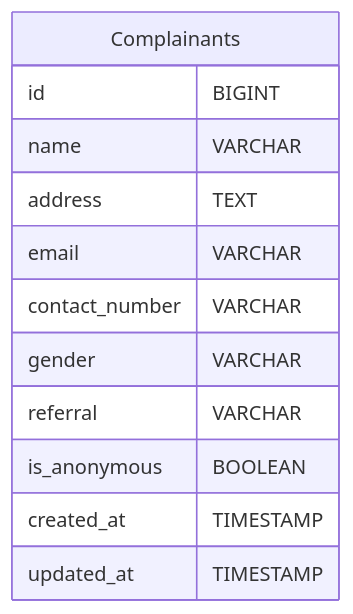
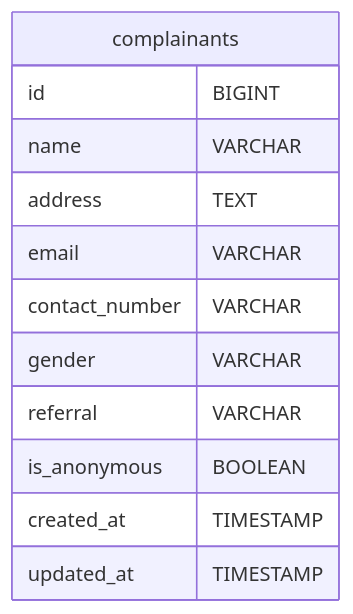
One commit to codeitlikemiley/arta-ecms-docs changed diagram 15 of 41 in infrastructure/db-schema.mdx. Above: the diagram before and after it, drawn with Mermaid. The commit also changed other lines of this file and 34 other files, not shown here.

````diff
--- a/infrastructure/db-schema.mdx
+++ b/infrastructure/db-schema.mdx
@@ -351,16 +606,15 @@
-```mermaid
-erDiagram
-    Complainants {
-        id BIGINT
-        name VARCHAR
-        address TEXT
-        email VARCHAR
-        contact_number VARCHAR
-        gender VARCHAR
-        referral VARCHAR
-        is_anonymous BOOLEAN
-        created_at TIMESTAMP
-        updated_at TIMESTAMP
-    }
-
-```
+      ```mermaid
+      erDiagram
+          complainants {
+              id BIGINT
+              name VARCHAR
+              address TEXT
+              email VARCHAR
+              contact_number VARCHAR
+              gender VARCHAR
+              referral VARCHAR
+              is_anonymous BOOLEAN
+              created_at TIMESTAMP
+              updated_at TIMESTAMP
+          }
+      ```
````
